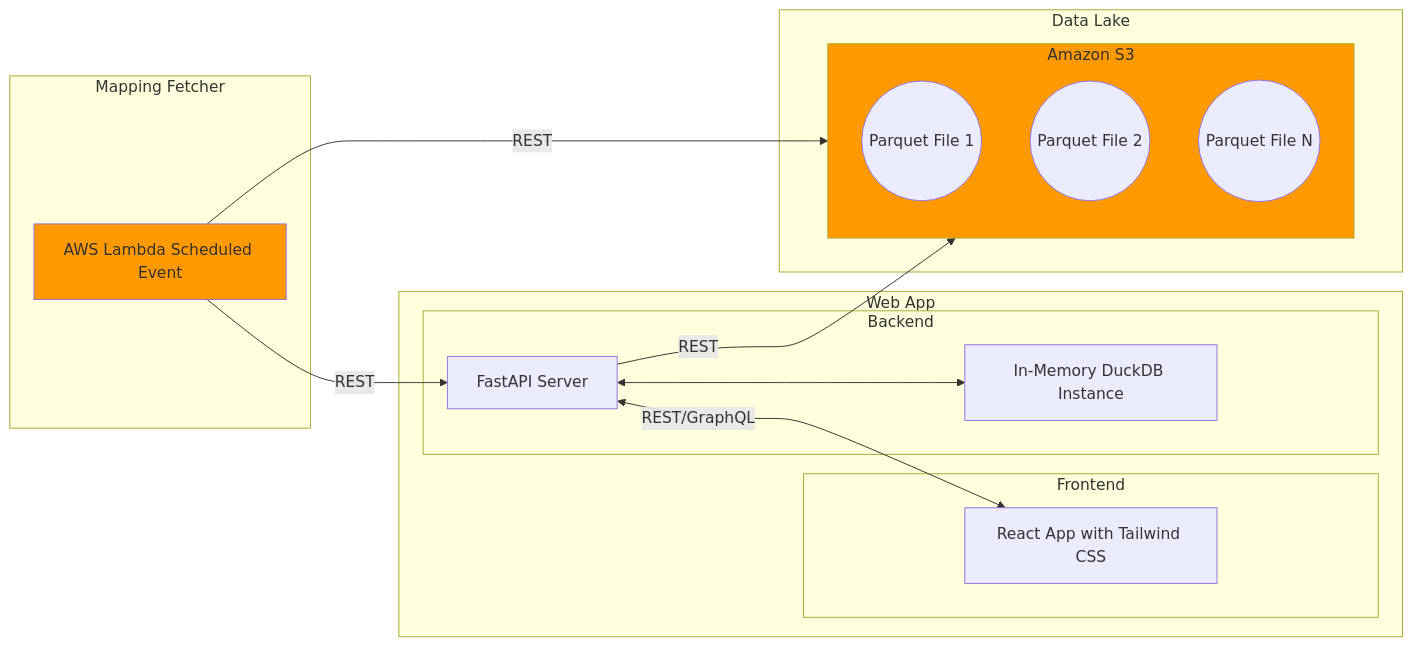
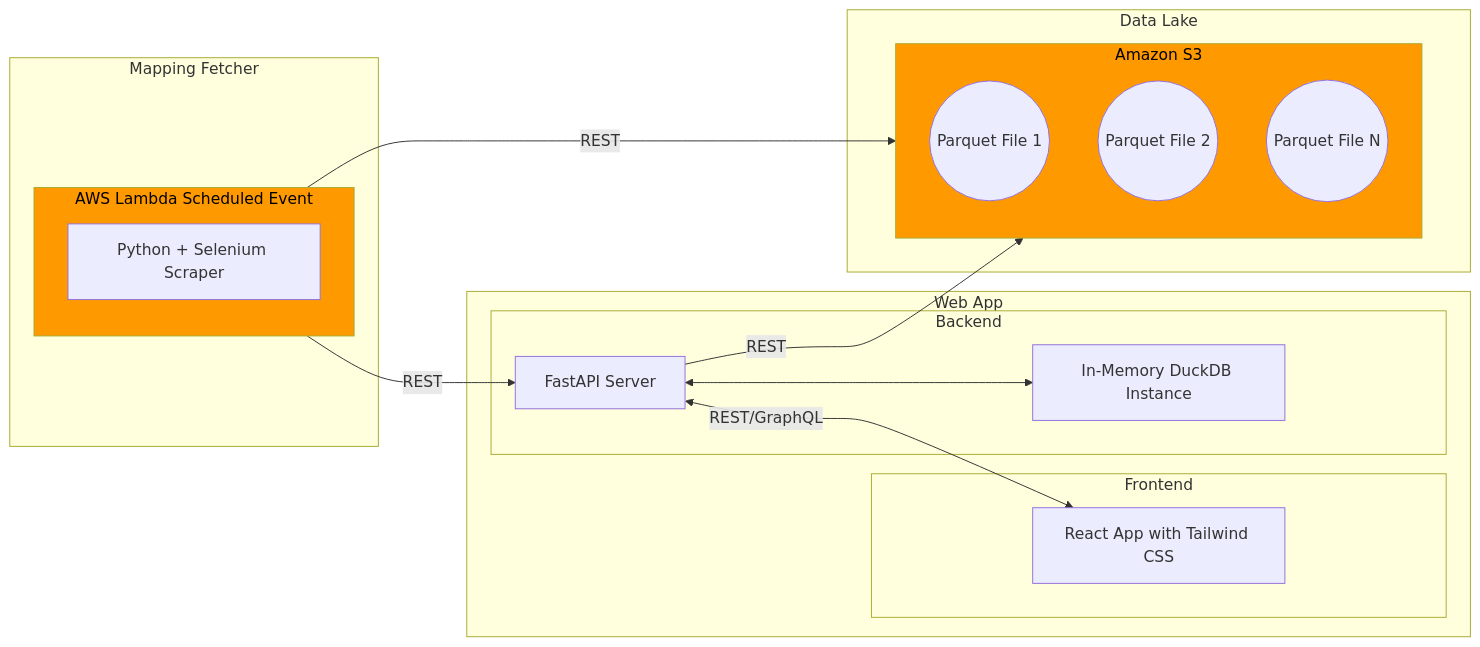
The diagram in README.md (ong-fan-club/NUSRoaming), drawn with Mermaid before and after one commit.

Commit message:
Update AWS component colours, clarify mapping fetcher text

````diff
--- a/README.md
+++ b/README.md
@@ -5,37 +5,40 @@
 ```mermaid
 graph LR
 
     subgraph Web App
 
         subgraph Frontend
             FE[React App with Tailwind CSS]
         end
 
         subgraph Backend
             BE[FastAPI Server]
             DB[In-Memory DuckDB Instance]
             BE <--> DB
         end
     end
 
     subgraph Data Lake
-        %% DL[Data Lakehouse - DuckDB Parquet Files]
         subgraph S3[Amazon S3]
             P1((Parquet File 1))
             P2((Parquet File 2))
             P3((Parquet File N))
         end
     end
 
     subgraph Mapping Fetcher
-        DU[AWS Lambda Scheduled Event]
+        subgraph LA[AWS Lambda Scheduled Event]
+            P4[Python + Selenium Scraper]
+        end
     end
 
     BE <-->|REST/GraphQL| FE
     BE -->|REST| S3
-    DU -->|REST| S3
-    DU -->|REST| BE
+    LA -->|REST| S3
+    LA -->|REST| BE
 
     classDef aws fill:#FF9900
-    class S3,DU aws
+    class S3,LA aws
+    style S3 color:#000000
+    style LA color:#000000
 ```
````
